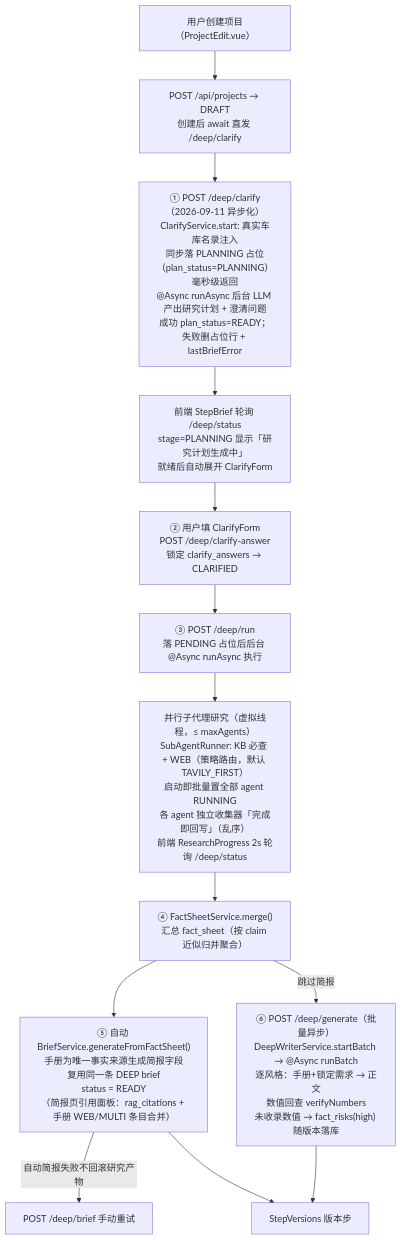
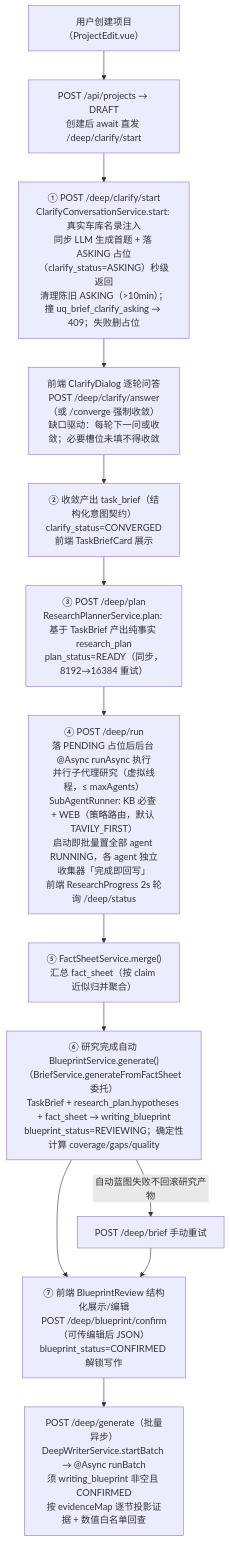
Before and after one commit to openshell/sparkora: the diagram in docs/spec/brief-generation.md, drawn with Mermaid. The commit also changed other lines of this file and 4 other files, not shown here.

````diff
--- a/docs/spec/brief-generation.md
+++ b/docs/spec/brief-generation.md
@@ -16,15 +17,15 @@
 ```mermaid
 graph TD
-    U["用户创建项目（ProjectEdit.vue）"] --> C0["POST /api/projects → DRAFT<br/>创建后 await 直发 /deep/clarify"]
-    C0 --> D1["① POST /deep/clarify（2026-09-11 异步化）<br/>ClarifyService.start: 真实车库名录注入<br/>同步落 PLANNING 占位（plan_status=PLANNING）毫秒级返回<br/>@Async runAsync 后台 LLM 产出研究计划 + 澄清问题<br/>成功 plan_status=READY；失败删占位行 + lastBriefError"]
-    D1 --> D1b["前端 StepBrief 轮询 /deep/status<br/>stage=PLANNING 显示「研究计划生成中」<br/>就绪后自动展开 ClarifyForm"]
-    D1b --> D2["② 用户填 ClarifyForm<br/>POST /deep/clarify-answer<br/>锁定 clarify_answers → CLARIFIED"]
-    D2 --> D3["③ POST /deep/run<br/>落 PENDING 占位后后台 @Async runAsync 执行"]
-    D3 --> D4["并行子代理研究（虚拟线程，≤ maxAgents）<br/>SubAgentRunner: KB 必查 + WEB（策略路由，默认 TAVILY_FIRST）<br/>启动即批量置全部 agent RUNNING<br/>各 agent 独立收集器「完成即回写」（乱序）<br/>前端 ResearchProgress 2s 轮询 /deep/status"]
-    D4 --> D5["④ FactSheetService.merge()<br/>汇总 fact_sheet（按 claim 近似归并聚合）"]
-    D5 --> D6["⑤ 自动 BriefService.generateFromFactSheet()<br/>手册为唯一事实来源生成简报字段<br/>复用同一条 DEEP brief<br/>status = READY<br/>（简报页引用面板：rag_citations + 手册 WEB/MULTI 条目合并）"]
-    D6 -->|"自动简报失败不回滚研究产物"| D7["POST /deep/brief 手动重试"]
-    D5 -->|"跳过简报"| D8["⑥ POST /deep/generate（批量异步）<br/>DeepWriterService.startBatch → @Async runBatch<br/>逐风格：手册+锁定需求 → 正文<br/>数值回查 verifyNumbers<br/>未收录数值 → fact_risks(high) 随版本落库"]
-    D6 --> V["StepVersions 版本步"]
-    D8 --> V
+    U["用户创建项目（ProjectEdit.vue）"] --> C0["POST /api/projects → DRAFT<br/>创建后 await 直发 /deep/clarify/start"]
+    C0 --> D1["① POST /deep/clarify/start<br/>ClarifyConversationService.start: 真实车库名录注入<br/>同步 LLM 生成首题 + 落 ASKING 占位（clarify_status=ASKING）秒级返回<br/>清理陈旧 ASKING（&gt;10min）；撞 uq_brief_clarify_asking → 409；失败删占位"]
+    D1 --> D1b["前端 ClarifyDialog 逐轮问答<br/>POST /deep/clarify/answer（或 /converge 强制收敛）<br/>缺口驱动：每轮下一问或收敛；必要槽位未填不得收敛"]
+    D1b --> D2["② 收敛产出 task_brief（结构化意图契约）<br/>clarify_status=CONVERGED<br/>前端 TaskBriefCard 展示"]
+    D2 --> D3["③ POST /deep/plan<br/>ResearchPlannerService.plan: 基于 TaskBrief 产出纯事实 research_plan<br/>plan_status=READY（同步，8192→16384 重试）"]
+    D3 --> D4["④ POST /deep/run<br/>落 PENDING 占位后后台 @Async runAsync 执行<br/>并行子代理研究（虚拟线程，≤ maxAgents）<br/>SubAgentRunner: KB 必查 + WEB（策略路由，默认 TAVILY_FIRST）<br/>启动即批量置全部 agent RUNNING，各 agent 独立收集器「完成即回写」<br/>前端 ResearchProgress 2s 轮询 /deep/status"]
+    D4 --> D5["⑤ FactSheetService.merge()<br/>汇总 fact_sheet（按 claim 近似归并聚合）"]
+    D5 --> D6["⑥ 研究完成自动 BlueprintService.generate()<br/>（BriefService.generateFromFactSheet 委托）<br/>TaskBrief + research_plan.hypotheses + fact_sheet → writing_blueprint<br/>blueprint_status=REVIEWING；确定性计算 coverage/gaps/quality"]
+    D6 --> D7["⑦ 前端 BlueprintReview 结构化展示/编辑<br/>POST /deep/blueprint/confirm（可传编辑后 JSON）<br/>blueprint_status=CONFIRMED 解锁写作"]
+    D6 -->|"自动蓝图失败不回滚研究产物"| D7b["POST /deep/brief 手动重试"]
+    D7 --> W["POST /deep/generate（批量异步）<br/>DeepWriterService.startBatch → @Async runBatch<br/>须 writing_blueprint 非空且 CONFIRMED<br/>按 evidenceMap 逐节投影证据 + 数值白名单回查"]
+    D7b --> D7
 ```
````
